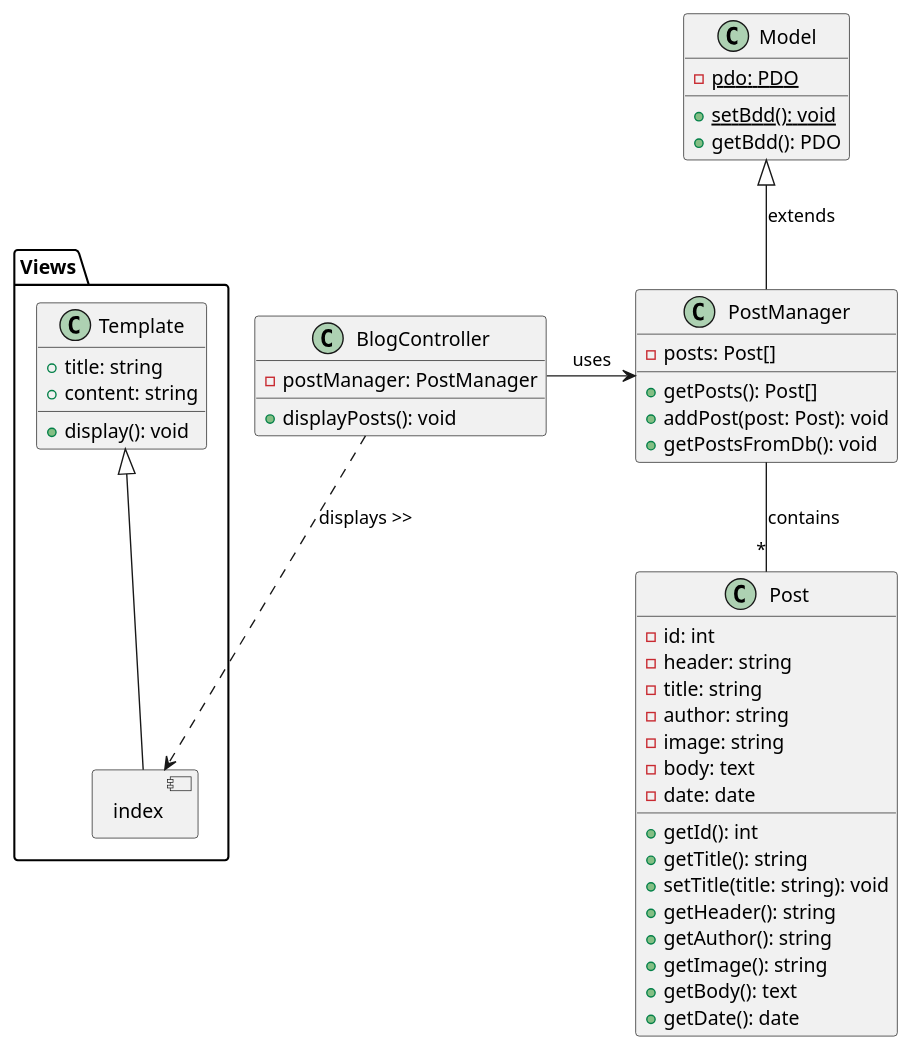
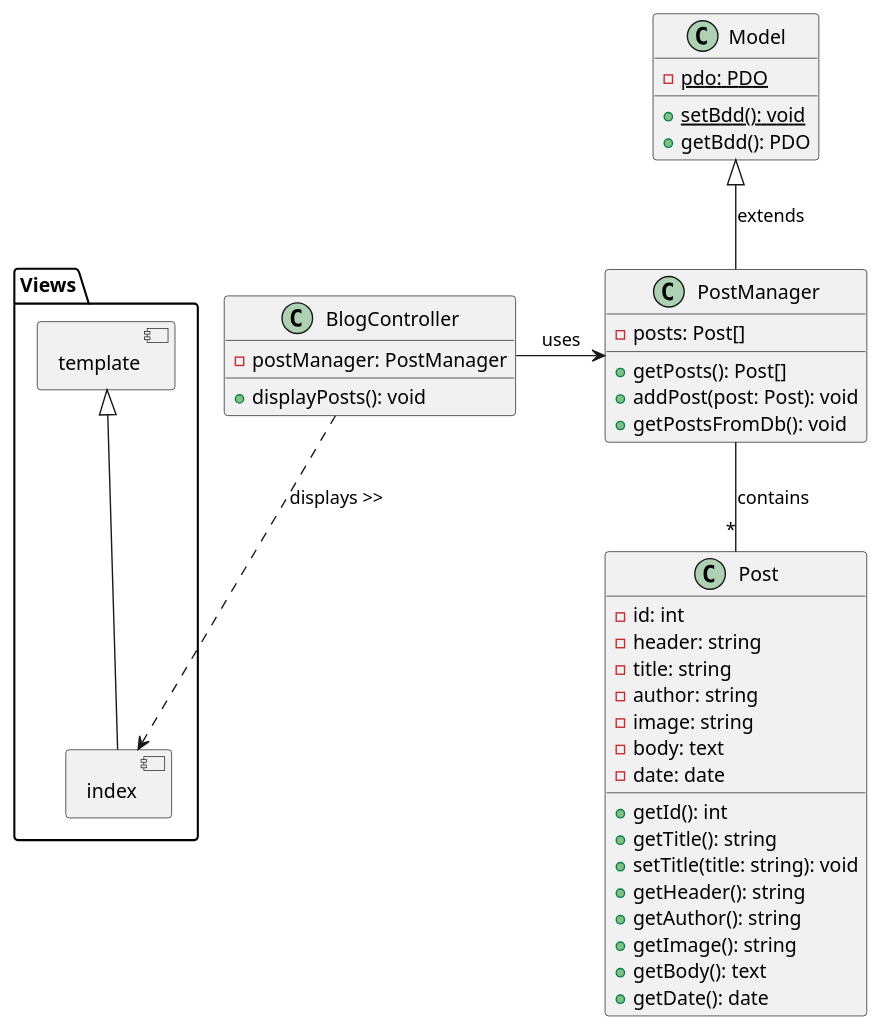
Before and after one commit to aurelienbois/blog: the diagram in classes.puml, drawn with PlantUML. The commit also changed 2 other files, not shown here.

Commit message:
added class diagram into README

```diff
--- a/classes.puml
+++ b/classes.puml
@@ -1,60 +1,56 @@
 @startuml
 allowmixing
 
 class Post {
     - id: int
     - header: string
     - title: string
     - author: string
     - image: string
     - body: text
     - date: date
     + getId(): int
     + getTitle(): string
     + setTitle(title: string): void
     + getHeader(): string
     + getAuthor(): string
     + getImage(): string
     + getBody(): text
     + getDate(): date
 }
 
 class PostManager {
     - posts: Post[]
     + getPosts(): Post[]
     + addPost(post: Post): void
     + getPostsFromDb(): void
 }
 
 class Model {
     {static} - pdo: PDO
     {static} + setBdd(): void
     + getBdd(): PDO
 }
 
 class BlogController {
     - postManager: PostManager
     + displayPosts(): void
 }
 
 
 
 package "Views" {
-    class Template {
-        + title: string
-        + content: string
-        + display(): void
-    }
+    component template
     component index
 }
 
 
 PostManager -- "*" Post : contains
 PostManager -up-|> Model : extends
 
 BlogController -right-> PostManager : uses
 BlogController ..> index : displays >>
 
-Template <|-- index
+template <|-- index
 
 @enduml
```
